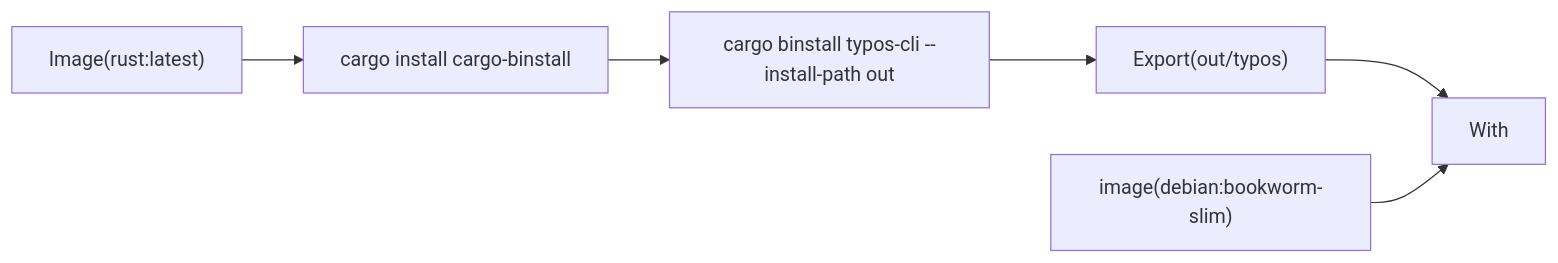
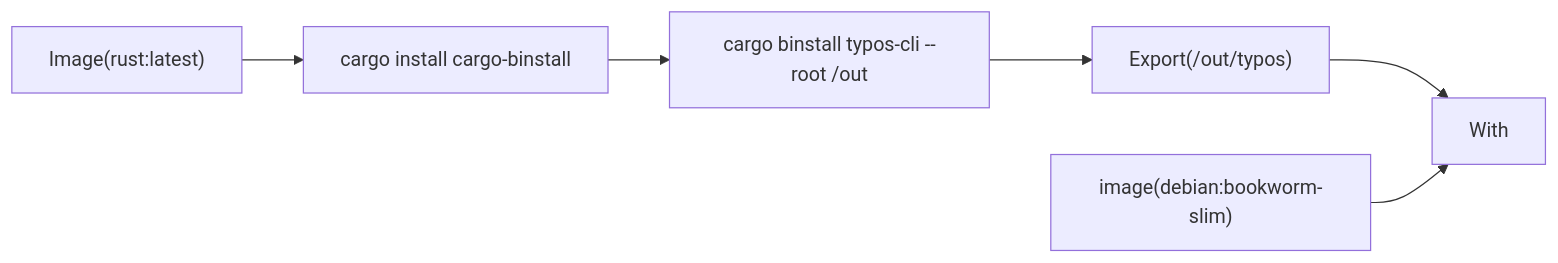
One commit to Serpent-Tools/serpentine changed the fifth of 7 diagrams in book/src/snek.md. Above: the diagram before and after it, drawn with Mermaid. The commit also changed other lines of this file and 4 other files, not shown here.

````diff
--- a/book/src/snek.md
+++ b/book/src/snek.md
@@ -147,6 +150,6 @@
 ```mermaid
 flowchart LR
-    IR["Image(rust:latest)"] --> EI["cargo install cargo-binstall"] --> EB["cargo binstall typos-cli --install-path out"]
-    EB --> EX["Export(out/typos)"] --> W["With"]
+    IR["Image(rust:latest)"] --> EI["cargo install cargo-binstall"] --> EB["cargo binstall typos-cli --root /out"]
+    EB --> EX["Export(/out/typos)"] --> W["With"]
     I["image(debian:bookworm-slim)"] --> W
 ```
````
